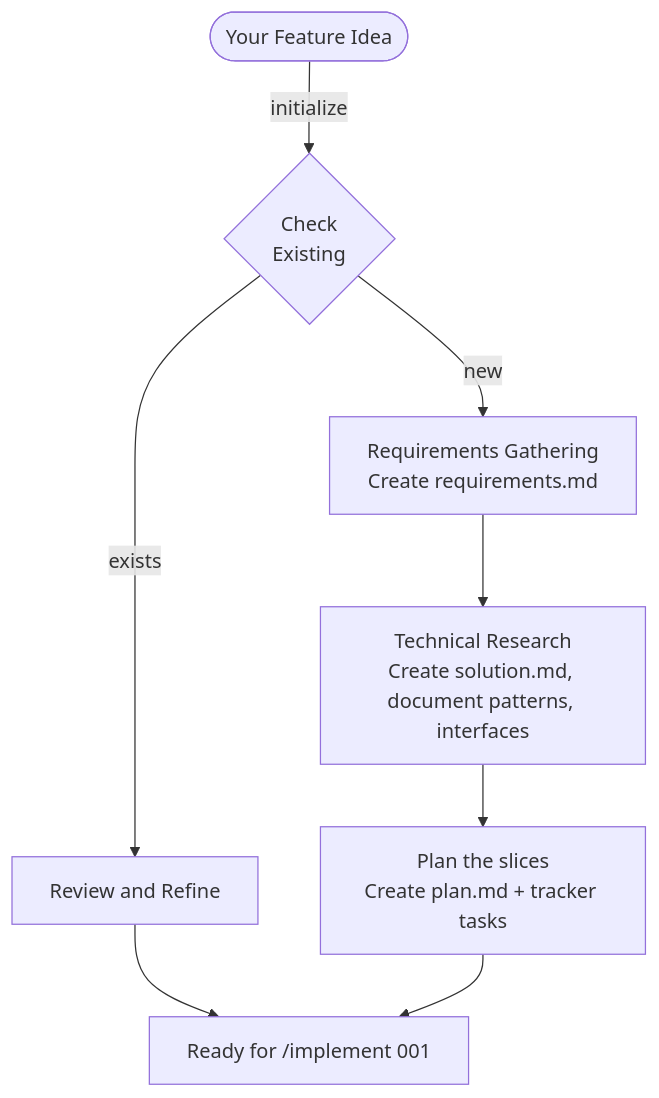
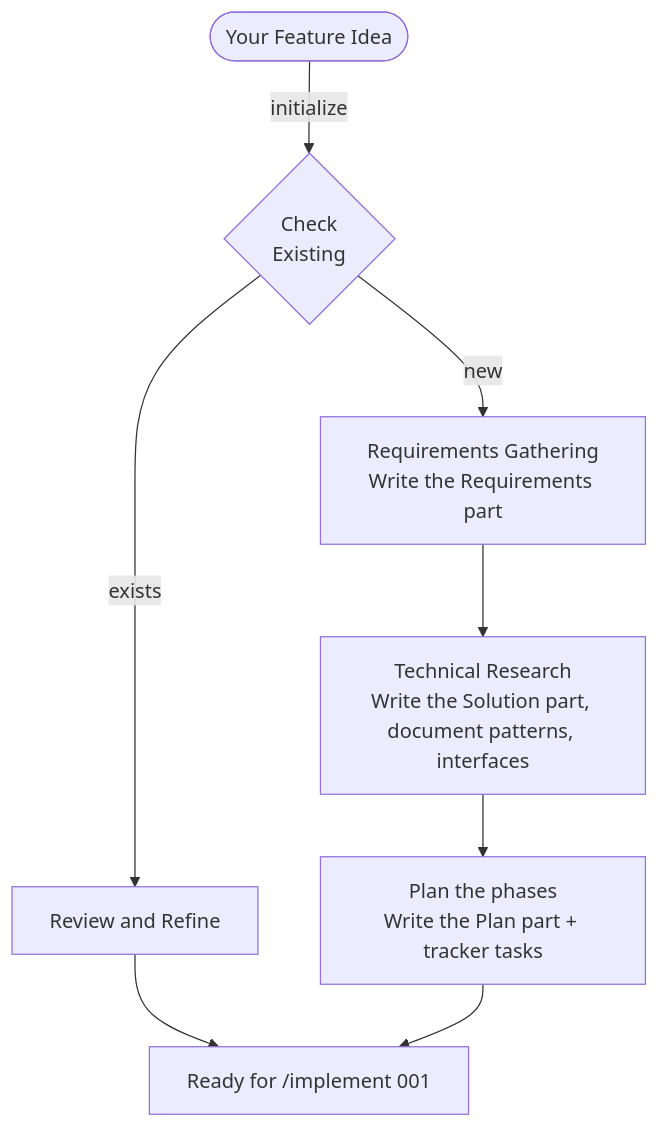
One commit to rsmdt/the-startup changed the first of 10 diagrams in plugins/start/README.md. Above: the diagram before and after it, drawn with Mermaid. The commit also changed other lines of this file and 27 other files, not shown here.

First line of the commit message:
feat(start): one spec.md per spec, plan grouped into phases

````diff
--- a/plugins/start/README.md
+++ b/plugins/start/README.md
@@ -69,10 +71,10 @@
 ```mermaid
 flowchart TD
     A([Your Feature Idea]) --> |initialize| B{Check<br>Existing}
     B --> |exists| C[Review and Refine]
     C --> END[Ready for /implement 001]
-    B --> |new| D[Requirements Gathering<br/>Create requirements.md]
-    D --> E[Technical Research<br/>Create solution.md, document patterns, interfaces]
-    E --> F[Plan the slices<br/>Create plan.md + tracker tasks]
+    B --> |new| D[Requirements Gathering<br/>Write the Requirements part]
+    D --> E[Technical Research<br/>Write the Solution part, document patterns, interfaces]
+    E --> F[Plan the phases<br/>Write the Plan part + tracker tasks]
     F --> END
 ```
````
